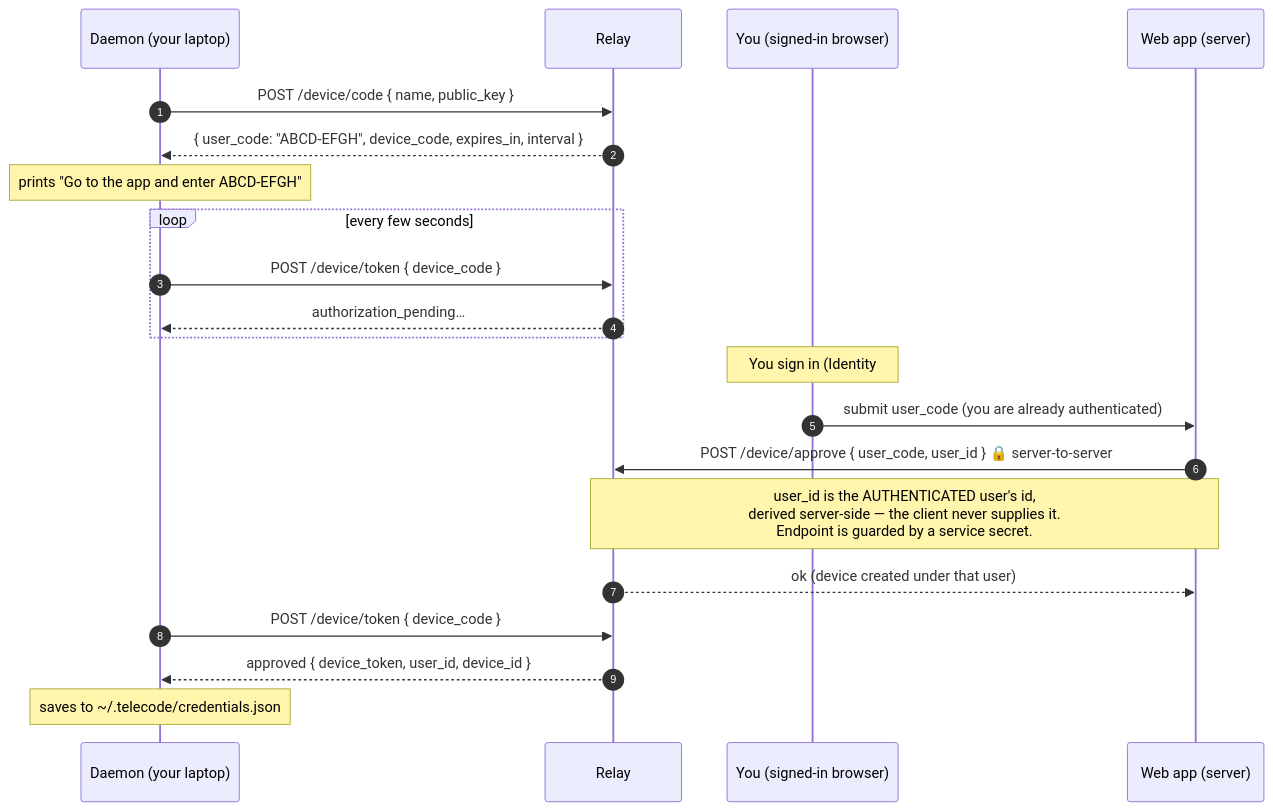
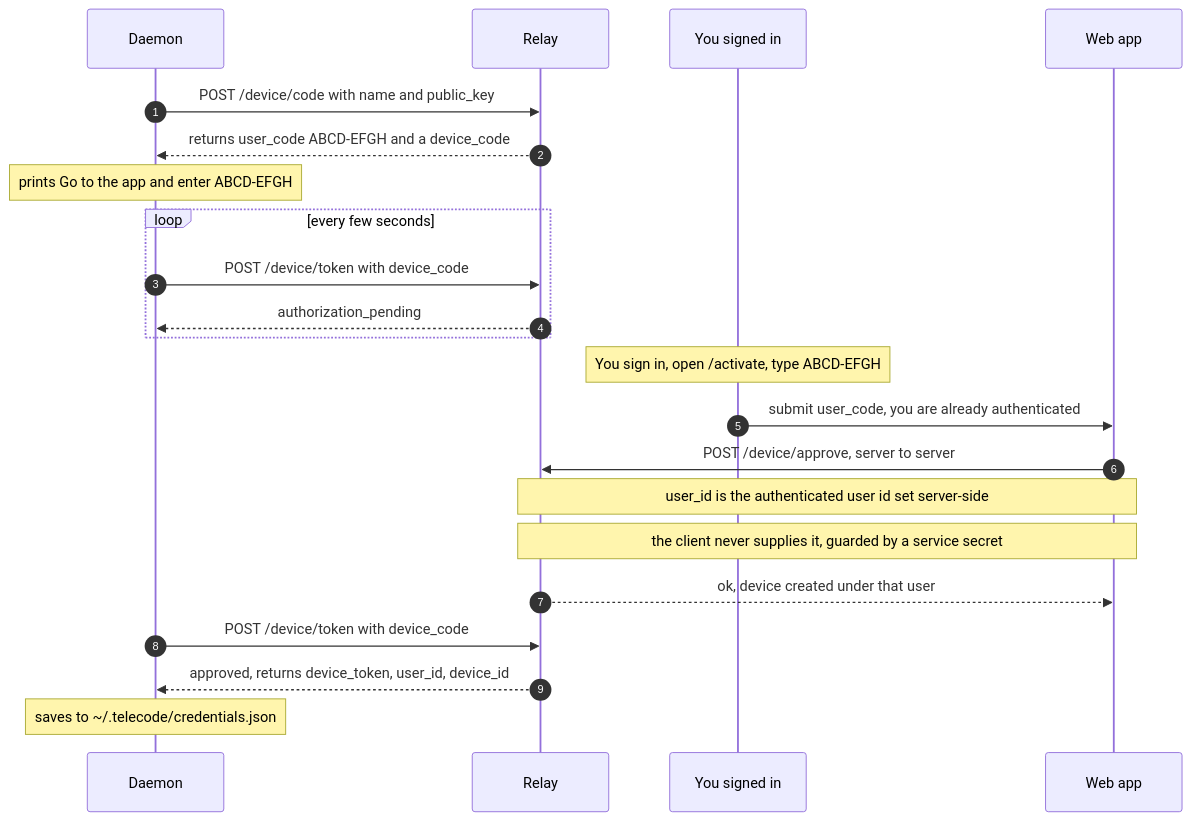
The fourth of 5 diagrams in docs/connecting-your-machine.md (PouyanJay/telecode), drawn with Mermaid before and after one commit. The commit also changed other lines of this file and 1 other file, not shown here.

Commit message:
docs: fix Mermaid sequence diagrams so they render on GitHub
GitHub's Mermaid parses sequence-diagram Notes and participant labels unquoted
to end-of-line, so parentheses, <br/>, quotes, → arrows, and emoji in them broke
the parser ('Unable to render rich display'). Rewrite the four sequence diagrams
in plain ASCII, and switch the inline-quoted flowchart link labels
(-. "x" .->, == "x" ==>) to the pipe form (-.->|"x"|, ==>|"x"|).

Validated all 10 diagrams render via @mermaid-js/mermaid-cli.

````diff
--- a/docs/connecting-your-machine.md
+++ b/docs/connecting-your-machine.md
@@ -100,27 +100,25 @@
 ```mermaid
 sequenceDiagram
     autonumber
-    participant D as Daemon (your laptop)
+    participant D as Daemon
     participant R as Relay
-    participant B as You (signed-in browser)
-    participant W as Web app (server)
+    participant B as You signed in
+    participant W as Web app
 
-    D->>R: POST /device/code  { name, public_key }
-    R-->>D: { user_code: "ABCD-EFGH", device_code, expires_in, interval }
-    Note over D: prints "Go to the app and enter ABCD-EFGH"
-
+    D->>R: POST /device/code with name and public_key
+    R-->>D: returns user_code ABCD-EFGH and a device_code
+    Note over D: prints Go to the app and enter ABCD-EFGH
     loop every few seconds
-        D->>R: POST /device/token { device_code }
-        R-->>D: authorization_pending…
+        D->>R: POST /device/token with device_code
+        R-->>D: authorization_pending
     end
-
-    Note over B: You sign in (Identity #1), open /activate, type ABCD-EFGH
-    B->>W: submit user_code (you are already authenticated)
-    W->>R: POST /device/approve { user_code, user_id }  🔒 server-to-server
-    Note over W,R: user_id is the AUTHENTICATED user's id,<br/>derived server-side — the client never supplies it.<br/>Endpoint is guarded by a service secret.
-    R-->>W: ok (device created under that user)
-
-    D->>R: POST /device/token { device_code }
-    R-->>D: approved { device_token, user_id, device_id }
+    Note over B: You sign in, open /activate, type ABCD-EFGH
+    B->>W: submit user_code, you are already authenticated
+    W->>R: POST /device/approve, server to server
+    Note over W,R: user_id is the authenticated user id set server-side
+    Note over W,R: the client never supplies it, guarded by a service secret
+    R-->>W: ok, device created under that user
+    D->>R: POST /device/token with device_code
+    R-->>D: approved, returns device_token, user_id, device_id
     Note over D: saves to ~/.telecode/credentials.json
 ```
````
